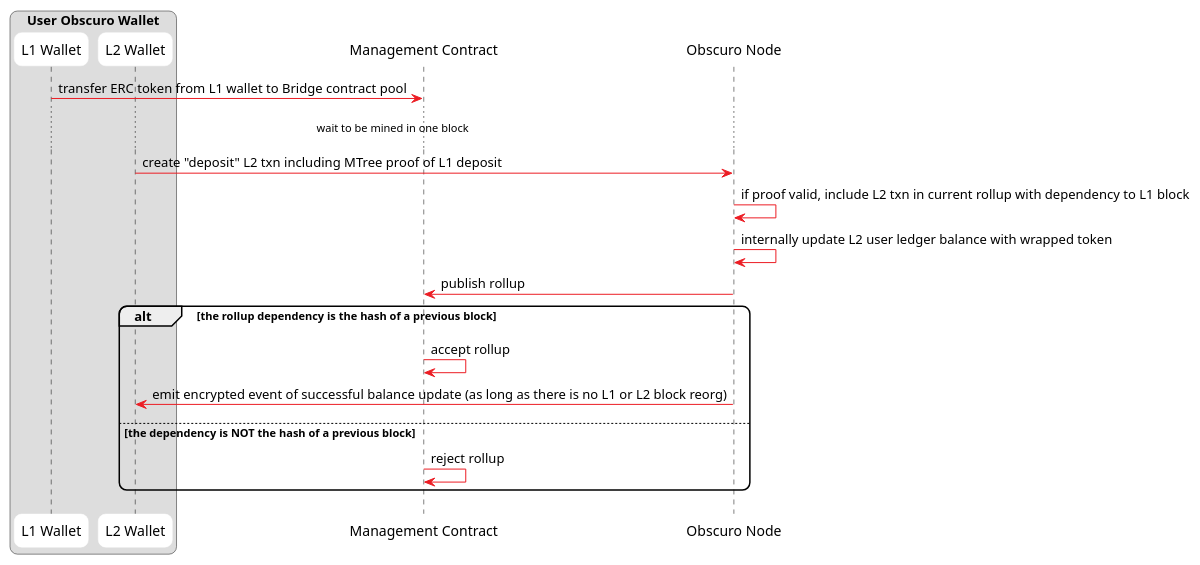
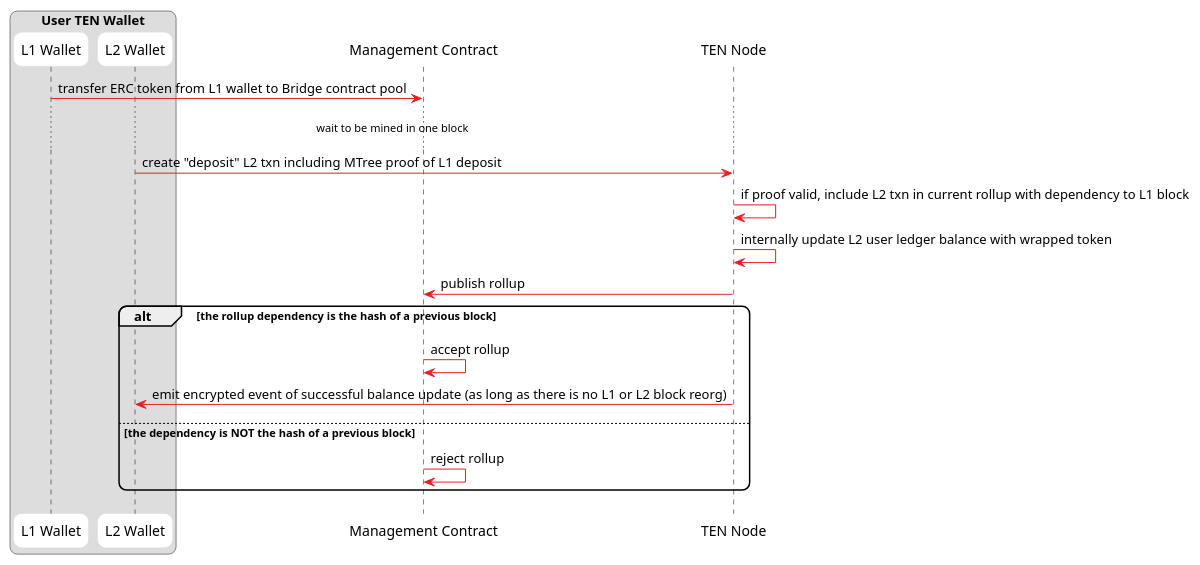
One commit to ten-protocol/ten-whitepaper changed the diagram in interaction-uml/user-registration.plantuml. Above: the diagram before and after it, drawn with PlantUML. The commit also changed 34 other files, not shown here.

Commit message:
Updating Obscuro to TEN

```diff
--- a/interaction-uml/user-registration.plantuml
+++ b/interaction-uml/user-registration.plantuml
@@ -1,39 +1,39 @@
 @startuml
 !pragma teoz true
 skinparam monochrome false
 skinparam roundcorner 15
 skinparam shadowing false
 skinparam sequence{
   ArrowColor #EC1D24
   ParticipantBackgroundColor White
   ParticipantBorderColor White
   NoteBackgroundColor White
   NoteBorderColor Black
   ActorBorderColor Black
   ActorBackgroundColor White
   LifeLineBorderColor Black
 }
 skinparam note{
   BorderColor Black
   BackgroundColor White
 }
 
-box "User Obscuro Wallet"
+box "User TEN Wallet"
 participant UL1 as "L1 Wallet"
 participant UL2 as "L2 Wallet"
 end box
 participant MC as "Management Contract"
-participant T as "Obscuro Node"
+participant T as "TEN Node"
 UL1 -> MC: transfer ERC token from L1 wallet to Bridge contract pool
 ... wait to be mined in one block ...
 UL2 -> T: create "deposit" L2 txn including MTree proof of L1 deposit
 T -> T: if proof valid, include L2 txn in current rollup with dependency to L1 block
 T -> T: internally update L2 user ledger balance with wrapped token
 T -> MC: publish rollup
 alt the rollup dependency is the hash of a previous block
     MC -> MC: accept rollup
     T -> UL2: emit encrypted event of successful balance update (as long as there is no L1 or L2 block reorg)
 else the dependency is NOT the hash of a previous block
     MC -> MC: reject rollup
 end
 @enduml
```
